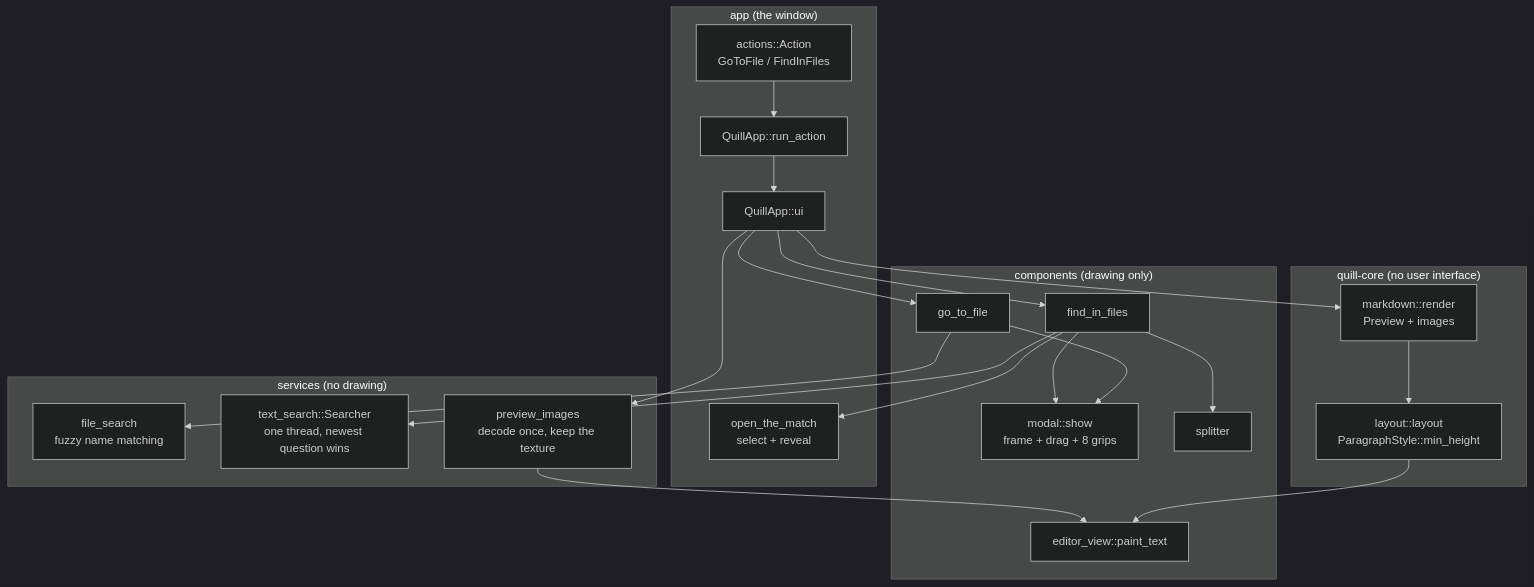
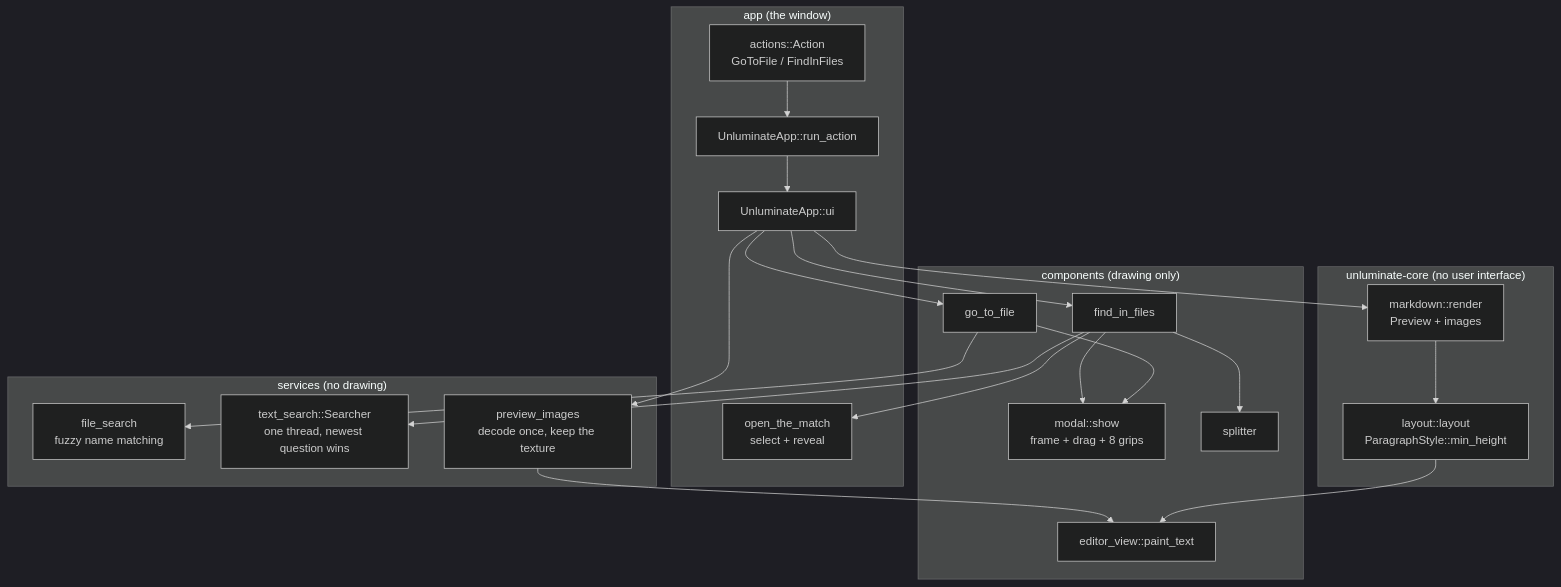
Before and after one commit to Black-Rainbow-Labs/Unluminous: the first of 3 diagrams in tasks/task-1659-search-and-images-tdd.md, drawn with Mermaid (dark theme). The commit also changed other lines of this file and 1291 other files, not shown here.

First line of the commit message:
task-1800: rename Quill to Unluminate

````diff
--- a/tasks/task-1659-search-and-images-tdd.md
+++ b/tasks/task-1659-search-and-images-tdd.md
@@ -72,38 +72,38 @@
 ```mermaid
 flowchart TB
     subgraph app["app (the window)"]
         actions["actions::Action\nGoToFile / FindInFiles"]
-        run["QuillApp::run_action"]
-        ui["QuillApp::ui"]
+        run["UnluminateApp::run_action"]
+        ui["UnluminateApp::ui"]
         openmatch["open_the_match\nselect + reveal"]
     end
 
     subgraph components["components (drawing only)"]
         modal["modal::show\nframe + drag + 8 grips"]
         gtf["go_to_file"]
         fif["find_in_files"]
         split["splitter"]
         edit["editor_view::paint_text"]
     end
 
     subgraph services["services (no drawing)"]
         fsearch["file_search\nfuzzy name matching"]
         tsearch["text_search::Searcher\none thread, newest question wins"]
         pimg["preview_images\ndecode once, keep the texture"]
     end
 
-    subgraph core["quill-core (no user interface)"]
+    subgraph core["unluminate-core (no user interface)"]
         md["markdown::render\nPreview + images"]
         layout["layout::layout\nParagraphStyle::min_height"]
     end
 
     actions --> run --> ui
     ui --> gtf --> modal
     ui --> fif --> modal
     fif --> split
     gtf --> fsearch
     fif --> tsearch
     fif --> openmatch
     ui --> md --> layout --> edit
     ui --> pimg --> edit
 ```
````
